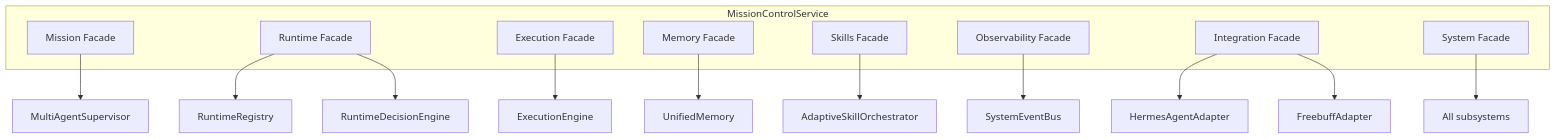
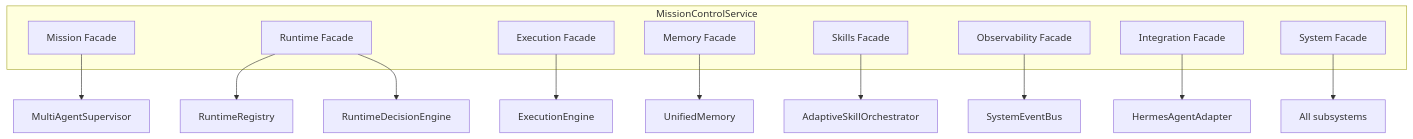
Diagram 16 of 19 in ARCHITECTURE.md (emericjean-lgtm/Hermes_OS), drawn with Mermaid before and after one commit. The commit also changed other lines of this file and 203 other files, not shown here.

````diff
--- a/ARCHITECTURE.md
+++ b/ARCHITECTURE.md
@@ -577,24 +576,23 @@
 ```mermaid
 flowchart TB
     subgraph "MissionControlService"
         M[Mission Facade]
         R[Runtime Facade]
         EX[Execution Facade]
         ME[Memory Facade]
         SK[Skills Facade]
         O[Observability Facade]
         I[Integration Facade]
         S[System Facade]
     end
 
     M --> SUP[MultiAgentSupervisor]
     R --> REG[RuntimeRegistry]
     R --> DEC[RuntimeDecisionEngine]
     EX --> EE[ExecutionEngine]
     ME --> UM[UnifiedMemory]
     SK --> AOS[AdaptiveSkillOrchestrator]
     O --> SEB[SystemEventBus]
     I --> HA[HermesAgentAdapter]
-    I --> FB[FreebuffAdapter]
     S --> ALL[All subsystems]
 ```
````
